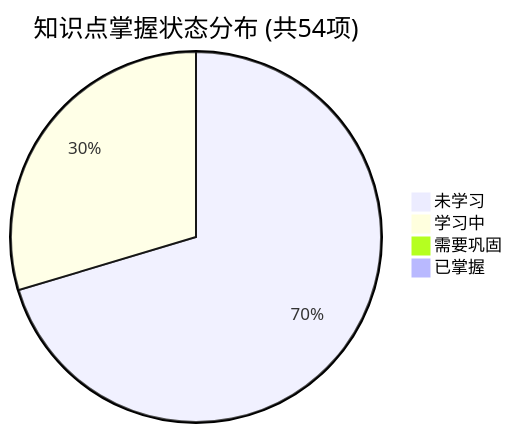
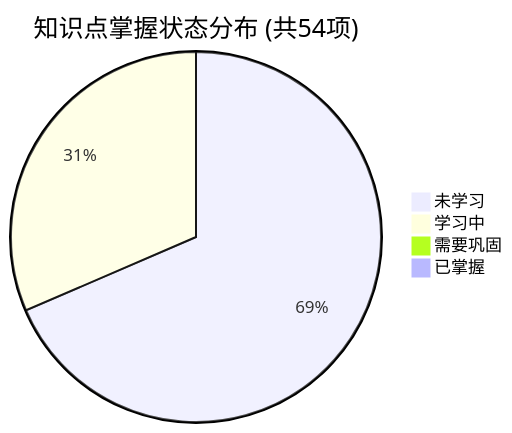
The first of 2 diagrams in PROGRESS.md (tieke1121/tech-interview-knowledge-base), drawn with Mermaid before and after one commit. The commit also changed other lines of this file and 1 other file, not shown here.

Commit message:
feat(day19): add data-as-a-service api gateway, apache ranger & security architecture document

````diff
--- a/PROGRESS.md
+++ b/PROGRESS.md
@@ -23,7 +23,7 @@
 ```mermaid
 pie title 知识点掌握状态分布 (共54项)
-    "未学习" : 38
-    "学习中" : 16
+    "未学习" : 37
+    "学习中" : 17
     "需要巩固" : 0
     "已掌握" : 0
 ```
````
